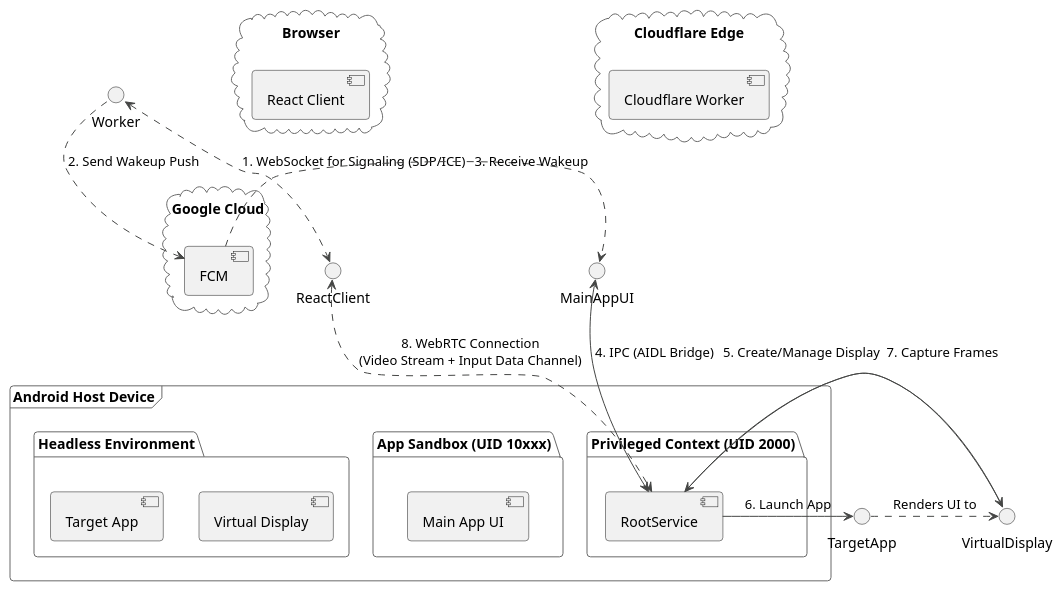
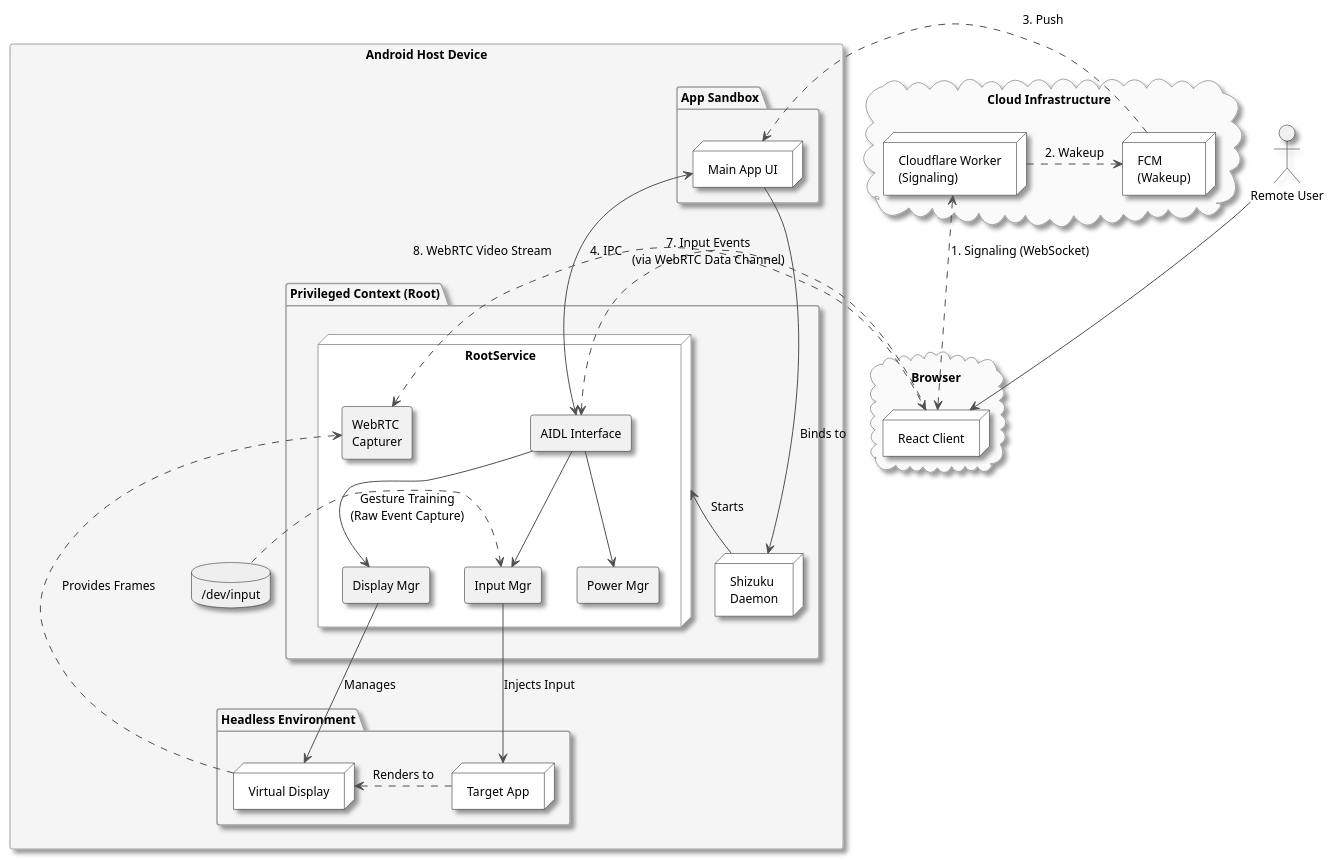
One commit to legendsayantan/Extendroid changed the diagram in arch.adoc. Above: the diagram before and after it, drawn with PlantUML. The commit also changed other lines of this file, not shown here.

Commit message:
updated diagram.

```diff
--- a/arch.adoc
+++ b/arch.adoc
@@ -16,49 +16,92 @@
 [plantuml, extendroid-architecture, png]
 ....
 @startuml
-!theme vibrant
+skinparam {
+    DefaultFontName "Segoe UI, Arial"
+    DefaultFontSize 12
+    shadowing true
+    ArrowColor #505050
+    BorderColor #505050
+    package {
+        BorderColor #A0A0A0
+        BackgroundColor #F5F5F5
+    }
+    node {
+        BackgroundColor #FFFFFF
+    }
+    cloud {
+        BackgroundColor #FAFAFA
+    }
+    database {
+        BackgroundColor #EFEFEF
+    }
+}
+
+actor "Remote User" as User
 
 cloud "Browser" {
-  [React Client]
+  node "React Client" as WebApp
 }
 
-cloud "Cloudflare Edge" {
-  [Cloudflare Worker]
+cloud "Cloud Infrastructure" {
+    node "Cloudflare Worker\n(Signaling)" as Worker
+    node "FCM\n(Wakeup)" as FCM
 }
 
-cloud "Google Cloud" {
-    [FCM]
+rectangle "Android Host Device" {
+    package "App Sandbox" {
+        node "Main App UI" as AppUI
+    }
+
+    package "Privileged Context (Root)" {
+        node "Shizuku\nDaemon" as Shizuku
+        node "RootService" {
+            rectangle "AIDL Interface" as Aidl
+            rectangle "Display Mgr" as DispMgr
+            rectangle "Power Mgr" as PwrMgr
+            rectangle "Input Mgr" as InputMgr
+            rectangle "WebRTC\nCapturer" as RtcCapturer
+        }
+    }
+
+    package "Headless Environment" {
+        node "Virtual Display" as VDisplay
+        node "Target App" as TargetApp
+    }
+
+    database "/dev/input" as DevInput
 }
 
-frame "Android Host Device" {
-  package "Privileged Context (UID 2000)" {
-    [RootService]
-  }
+' --- Relationships ---
+User -down-> WebApp
+AppUI -> Shizuku : "Binds to"
+Shizuku -up-> RootService : "Starts"
 
-  package "App Sandbox (UID 10xxx)" {
-    [Main App UI]
-  }
+' Signaling Flow
+WebApp <.up.> Worker : "1. Signaling (WebSocket)"
+Worker .> FCM : "2. Wakeup"
+FCM .> AppUI : "3. Push"
 
-  package "Headless Environment" {
-    [Virtual Display]
-    [Target App]
-  }
-}
+' On-Device Control Flow
+AppUI <-down-> Aidl : "4. IPC"
+Aidl -down-> DispMgr
+Aidl -down-> PwrMgr
+Aidl -down-> InputMgr
 
-' Signaling & Wakeup Flow
-ReactClient <.up.> Worker : "1. WebSocket for Signaling (SDP/ICE)"
-Worker .> FCM : "2. Send Wakeup Push"
-FCM .> MainAppUI : "3. Receive Wakeup"
+DispMgr -down-> VDisplay : "Manages"
+InputMgr -down-> TargetApp : "Injects Input"
 
-' Core Control Flow on Device
-MainAppUI <-down-> RootService : "4. IPC (AIDL Bridge)"
-RootService -> VirtualDisplay : "5. Create/Manage Display"
-RootService -> TargetApp : "6. Launch App"
-VirtualDisplay -> RootService : "7. Capture Frames"
-TargetApp .> VirtualDisplay : "Renders UI to"
+' Rendering and Streaming Flow
+TargetApp .> VDisplay : "Renders to"
+VDisplay .> RtcCapturer : "Provides Frames"
+WebApp <.left.> RtcCapturer : "8. WebRTC Video Stream"
 
-' Remote Connection (Post-Signaling)
-ReactClient <.down.> RootService : "8. WebRTC Connection\n(Video Stream + Input Data Channel)"
+' WebRTC Data Channel for Input
+WebApp .> Aidl : "7. Input Events\n(via WebRTC Data Channel)"
+
+' Gesture Training Flow (One-time)
+DevInput .> InputMgr : "Gesture Training\n(Raw Event Capture)"
+
 
 @enduml
 ....
```
